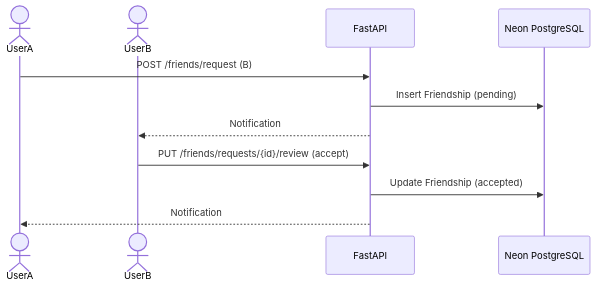
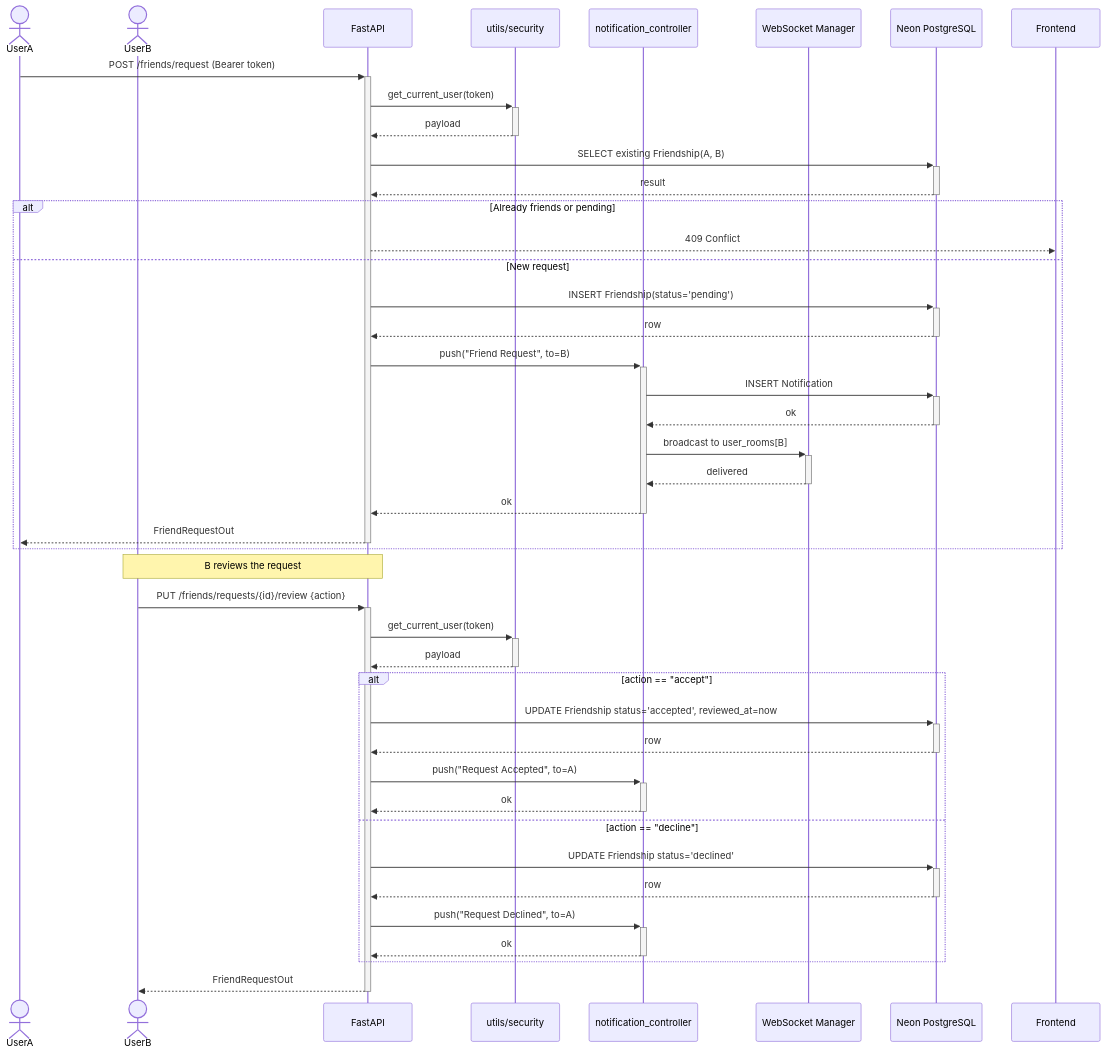
The fifth of 5 diagrams in docs/sprints/SPRINT_4.md (yazidha09/Hub4Learners), drawn with Mermaid before and after one commit. The commit also changed other lines of this file and 5 other files, not shown here.

````diff
--- a/docs/sprints/SPRINT_4.md
+++ b/docs/sprints/SPRINT_4.md
@@ -180,15 +199,47 @@
 ```mermaid
 sequenceDiagram
     actor UserA
     actor UserB
     participant API as FastAPI
+    participant Sec as utils/security
+    participant Notif as notification_controller
+    participant WS as WebSocket Manager
     participant DB as Neon PostgreSQL
 
-    UserA->>API: POST /friends/request (B)
-    API->>DB: Insert Friendship (pending)
-    API-->>UserB: Notification
+    UserA->>+API: POST /friends/request (Bearer token)
+    API->>+Sec: get_current_user(token)
+    Sec-->>-API: payload
+    API->>+DB: SELECT existing Friendship(A, B)
+    DB-->>-API: result
+    alt Already friends or pending
+        API-->>Frontend: 409 Conflict
+    else New request
+        API->>+DB: INSERT Friendship(status='pending')
+        DB-->>-API: row
+        API->>+Notif: push("Friend Request", to=B)
+        Notif->>+DB: INSERT Notification
+        DB-->>-Notif: ok
+        Notif->>+WS: broadcast to user_rooms[B]
+        WS-->>-Notif: delivered
+        Notif-->>-API: ok
+        API-->>-UserA: FriendRequestOut
+    end
 
-    UserB->>API: PUT /friends/requests/{id}/review (accept)
-    API->>DB: Update Friendship (accepted)
-    API-->>UserA: Notification
+    Note over UserB,API: B reviews the request
+
+    UserB->>+API: PUT /friends/requests/{id}/review {action}
+    API->>+Sec: get_current_user(token)
+    Sec-->>-API: payload
+    alt action == "accept"
+        API->>+DB: UPDATE Friendship status='accepted', reviewed_at=now
+        DB-->>-API: row
+        API->>+Notif: push("Request Accepted", to=A)
+        Notif-->>-API: ok
+    else action == "decline"
+        API->>+DB: UPDATE Friendship status='declined'
+        DB-->>-API: row
+        API->>+Notif: push("Request Declined", to=A)
+        Notif-->>-API: ok
+    end
+    API-->>-UserB: FriendRequestOut
 ```
````
